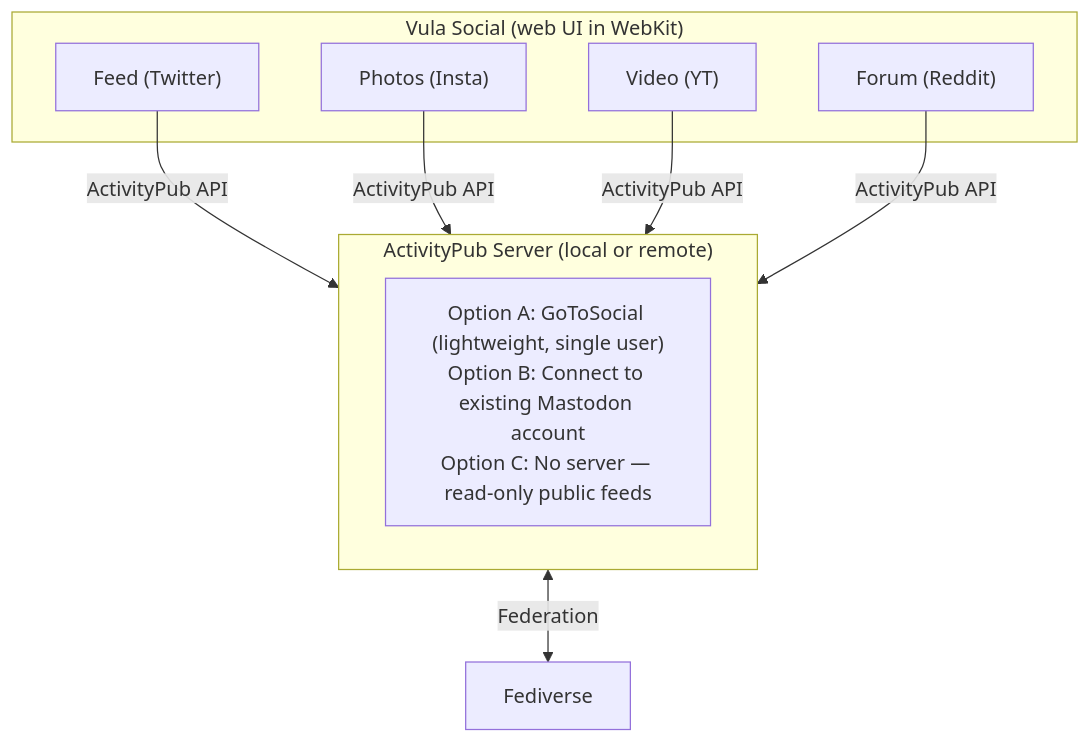
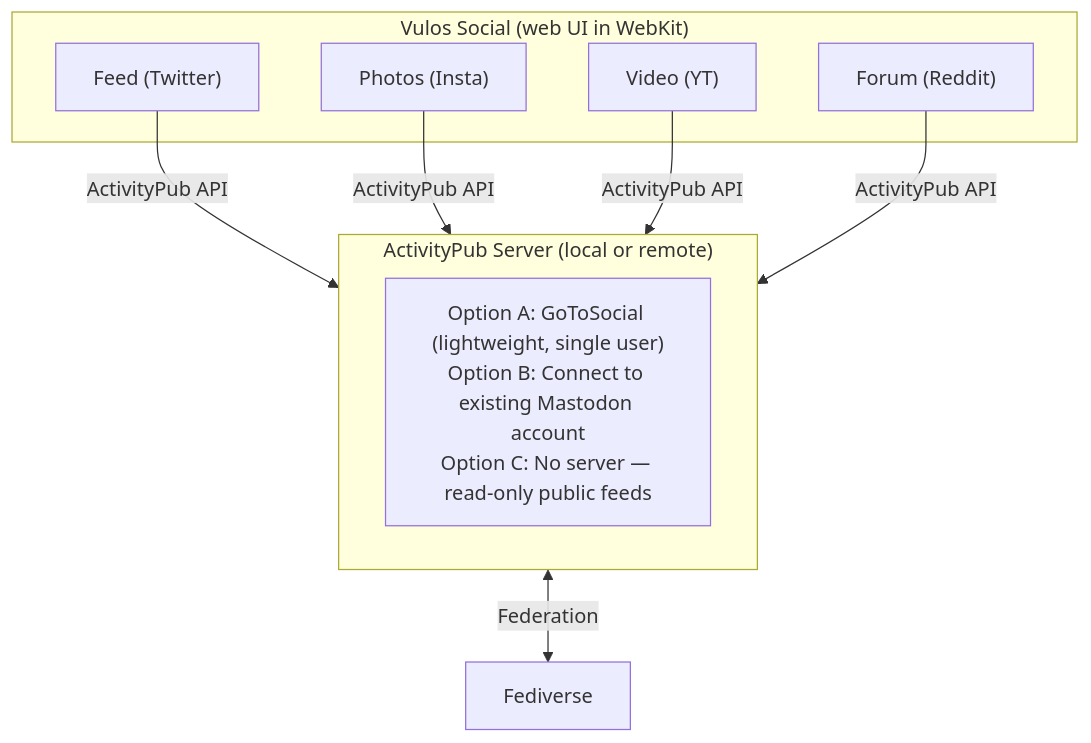
Before and after one commit to vul-os/vulos: the diagram in roadmap/ACTIVITYPUB.md, drawn with Mermaid. The commit also changed other lines of this file and 138 other files, not shown here.

````diff
--- a/roadmap/ACTIVITYPUB.md
+++ b/roadmap/ACTIVITYPUB.md
@@ -23,17 +23,17 @@
 ```mermaid
 flowchart TD
-    subgraph Social["Vula Social (web UI in WebKit)"]
+    subgraph Social["Vulos Social (web UI in WebKit)"]
         Feed["Feed (Twitter)"]
         Photos["Photos (Insta)"]
         Video["Video (YT)"]
         Forum["Forum (Reddit)"]
     end
     subgraph Server["ActivityPub Server (local or remote)"]
         Opts["Option A: GoToSocial (lightweight, single user)<br/>Option B: Connect to existing Mastodon account<br/>Option C: No server — read-only public feeds"]
     end
     Feed -->|ActivityPub API| Server
     Photos -->|ActivityPub API| Server
     Video -->|ActivityPub API| Server
     Forum -->|ActivityPub API| Server
     Server <-->|Federation| Fediverse["Fediverse"]
 ```
````
